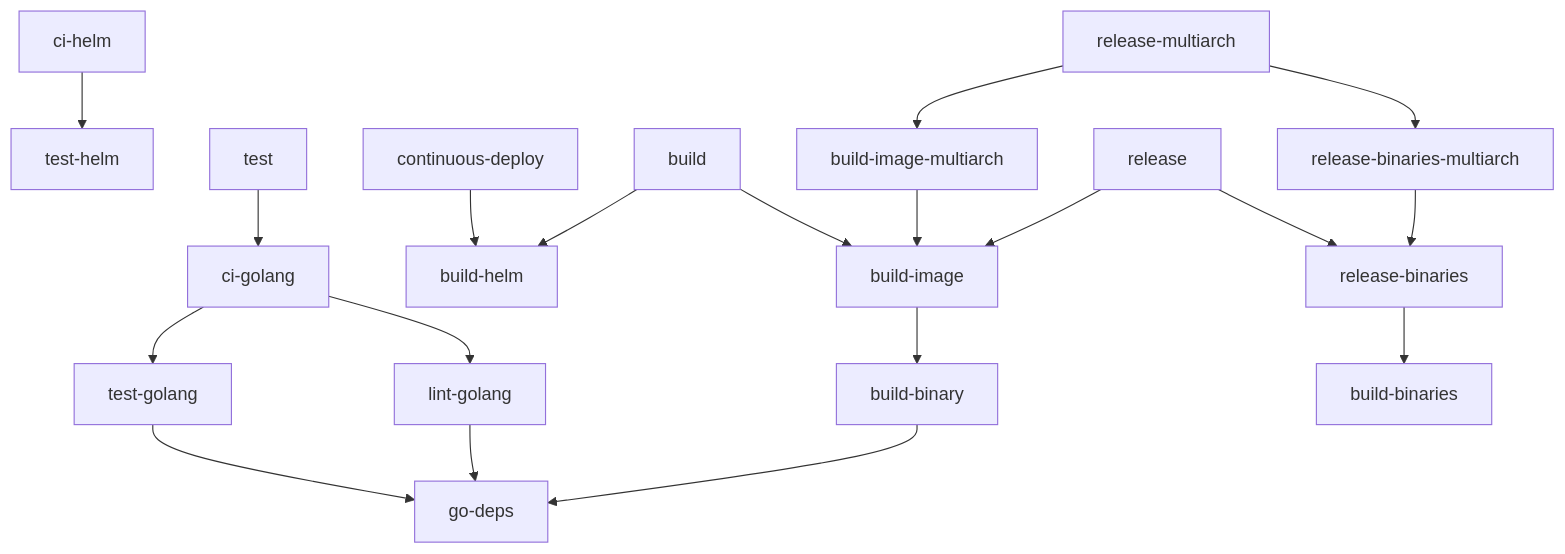
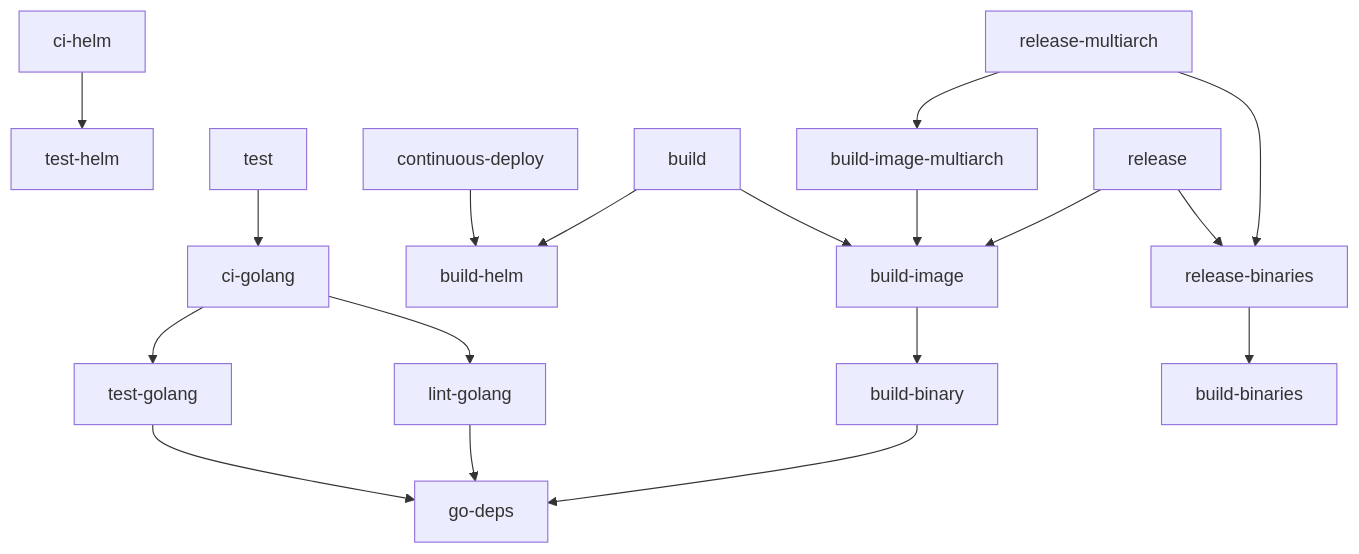
Before and after one commit to zapier/prom-aggregation-gateway: the diagram in Earthfile.md, drawn with Mermaid. The commit also changed 2 other files, not shown here.

Commit message:
refactor: Remove redundant release-binaries-multiarch build step.

````diff
--- a/Earthfile.md
+++ b/Earthfile.md
@@ -1,21 +1,20 @@
 ```mermaid
 graph TD
   ci-helm --> test-helm
   test --> ci-golang
   test-golang --> go-deps
   lint-golang --> go-deps
   continuous-deploy --> build-helm
   build --> build-helm
   build --> build-image
   build-binary --> go-deps
   build-image --> build-binary
   ci-golang --> lint-golang
   ci-golang --> test-golang
   build-image-multiarch --> build-image
   release --> build-image
   release --> release-binaries
-  release-multiarch --> release-binaries-multiarch
-  release-binaries-multiarch --> release-binaries
+  release-multiarch --> release-binaries
   release-multiarch --> build-image-multiarch
   release-binaries --> build-binaries
 ```
````
